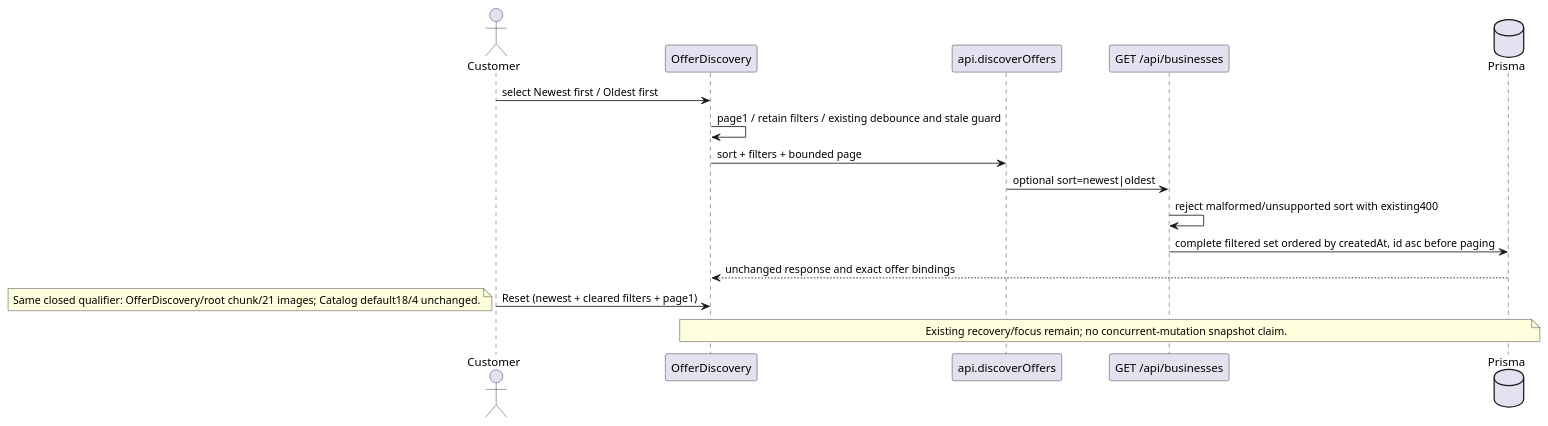
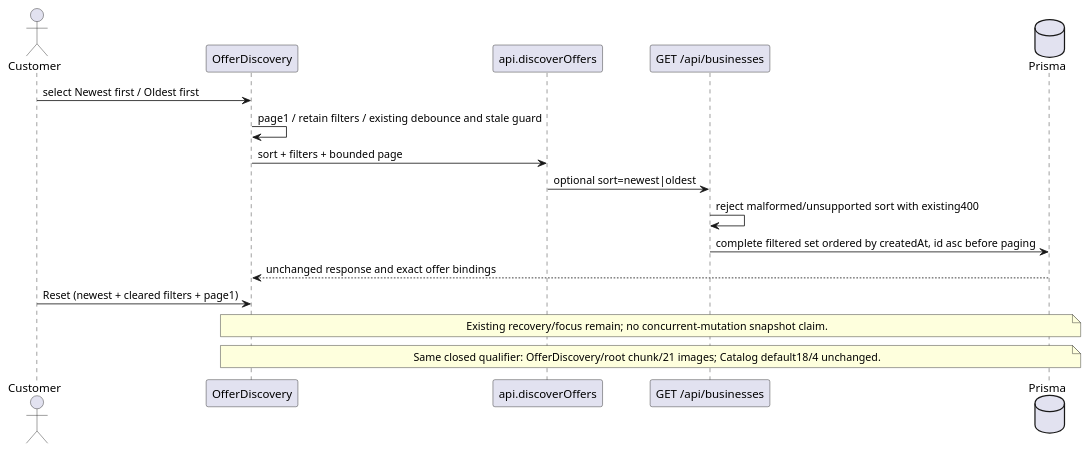
Diagram 19 of 19 in docs/architecture/main-path.puml (NeaBouli/inferno), drawn with PlantUML before and after one commit. The commit also changed 2 other files, not shown here.

Commit message:
Close offer qualification API admission and clarify diagram notes

```diff
--- a/docs/architecture/main-path.puml
+++ b/docs/architecture/main-path.puml
@@ -436,17 +436,17 @@
 @startuml public_offer_ordering_425
 actor Customer
 participant OfferDiscovery as UI
 participant "api.discoverOffers" as API
 participant "GET /api/businesses" as Route
 database Prisma as DB
 Customer -> UI : select Newest first / Oldest first
 UI -> UI : page1 / retain filters / existing debounce and stale guard
 UI -> API : sort + filters + bounded page
 API -> Route : optional sort=newest|oldest
 Route -> Route : reject malformed/unsupported sort with existing400
 Route -> DB : complete filtered set ordered by createdAt, id asc before paging
 DB --> UI : unchanged response and exact offer bindings
 Customer -> UI : Reset (newest + cleared filters + page1)
 note over UI,DB : Existing recovery/focus remain; no concurrent-mutation snapshot claim.
-note bottom : Same closed qualifier: OfferDiscovery/root chunk/21 images; Catalog default18/4 unchanged.
+note over UI,DB : Same closed qualifier: OfferDiscovery/root chunk/21 images; Catalog default18/4 unchanged.
 @enduml
```
